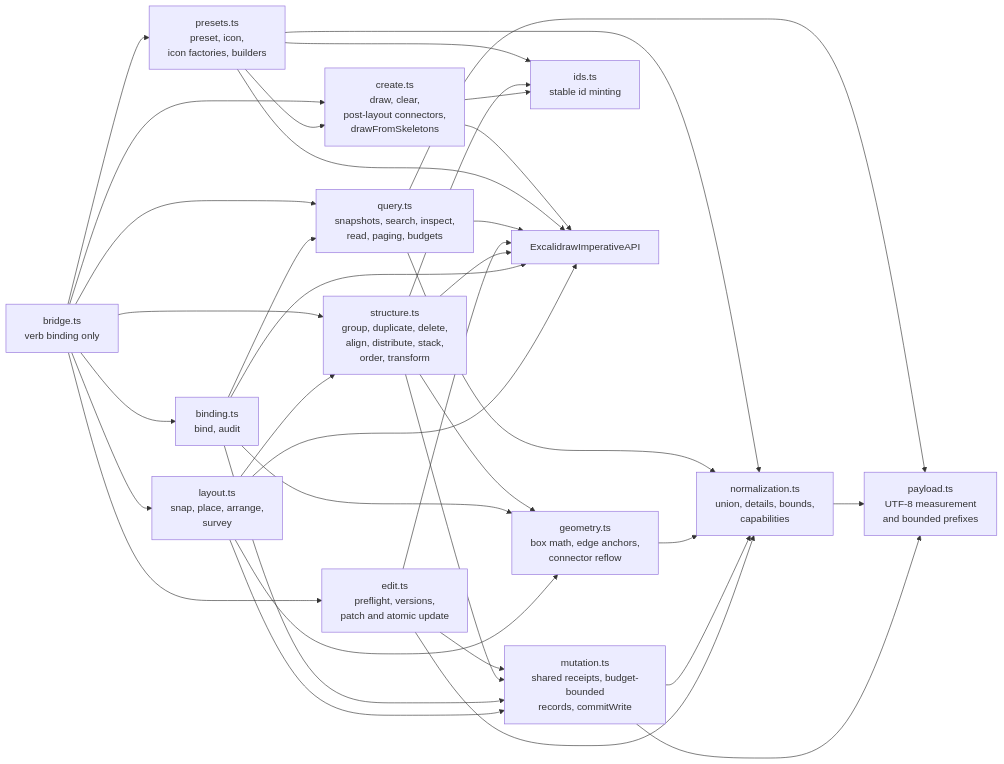
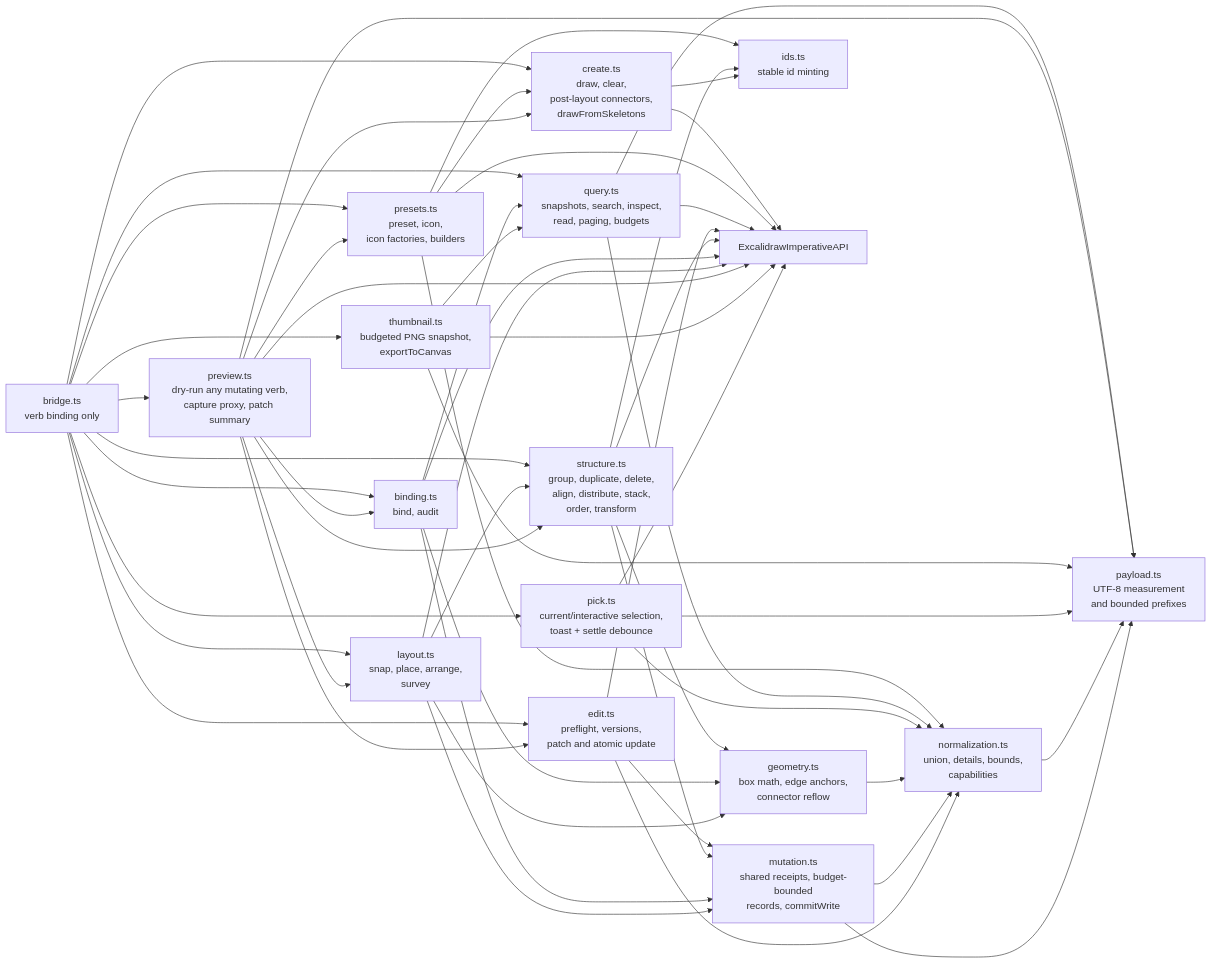
Before and after one commit to NNTin/tinytinkerer: the ninth of 13 diagrams in docs/app-harness.md, drawn with Mermaid. The commit also changed other lines of this file and 4 other files, not shown here.

First line of the commit message:
feat(canvas): expose preview/thumbnail/pick tools; document the safer-workflow slice

````diff
--- a/docs/app-harness.md
+++ b/docs/app-harness.md
@@ -488,46 +556,63 @@
 ```mermaid
 flowchart LR
   bridge["bridge.ts<br/>verb binding only"]
   create["create.ts<br/>draw, clear,<br/>post-layout connectors,<br/>drawFromSkeletons"]
   presets["presets.ts<br/>preset, icon,<br/>icon factories, builders"]
   query["query.ts<br/>snapshots, search, inspect,<br/>read, paging, budgets"]
   normalization["normalization.ts<br/>union, details, bounds,<br/>capabilities"]
   edit["edit.ts<br/>preflight, versions,<br/>patch and atomic update"]
   structure["structure.ts<br/>group, duplicate, delete,<br/>align, distribute, stack,<br/>order, transform"]
   binding["binding.ts<br/>bind, audit"]
   layout["layout.ts<br/>snap, place, arrange,<br/>survey"]
+  preview["preview.ts<br/>dry-run any mutating verb,<br/>capture proxy, patch summary"]
+  thumbnail["thumbnail.ts<br/>budgeted PNG snapshot,<br/>exportToCanvas"]
+  pick["pick.ts<br/>current/interactive selection,<br/>toast + settle debounce"]
   geometry["geometry.ts<br/>box math, edge anchors,<br/>connector reflow"]
   mutation["mutation.ts<br/>shared receipts, budget-bounded<br/>records, commitWrite"]
   ids["ids.ts<br/>stable id minting"]
   payload["payload.ts<br/>UTF-8 measurement<br/>and bounded prefixes"]
   api["ExcalidrawImperativeAPI"]
 
   bridge --> create --> api
   bridge --> presets --> api
   presets --> create
   presets --> ids
   presets --> normalization
   bridge --> query --> api
   query --> normalization
   query --> payload
   bridge --> edit --> api
   edit --> mutation
   bridge --> structure --> api
   structure --> mutation
   structure --> ids
   structure --> geometry
   bridge --> binding --> api
   binding --> mutation
   binding --> query
   binding --> geometry
   bridge --> layout --> api
   layout --> structure
   layout --> mutation
   layout --> geometry
+  bridge --> preview --> api
+  preview --> create
+  preview --> edit
+  preview --> structure
+  preview --> binding
+  preview --> layout
+  preview --> presets
+  preview --> payload
+  bridge --> thumbnail --> api
+  thumbnail --> query
+  thumbnail --> payload
+  bridge --> pick --> api
+  pick --> normalization
+  pick --> payload
   geometry --> normalization
   create --> ids
   mutation --> normalization
   edit --> normalization
   normalization --> payload
   mutation --> payload
 ```
````
